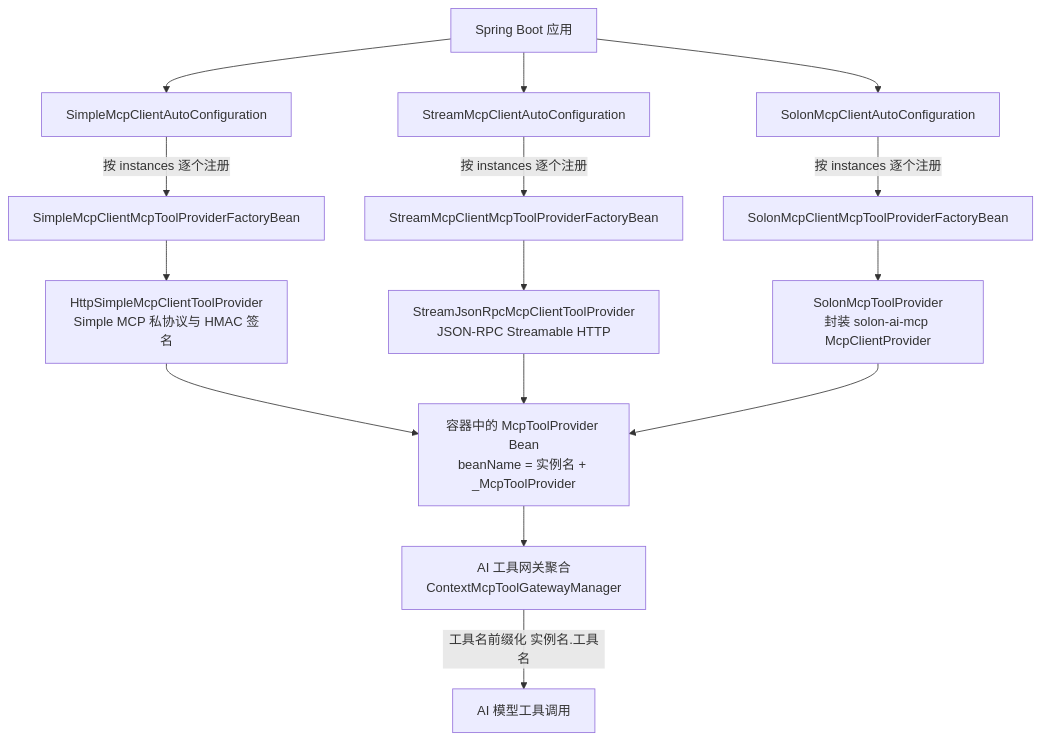
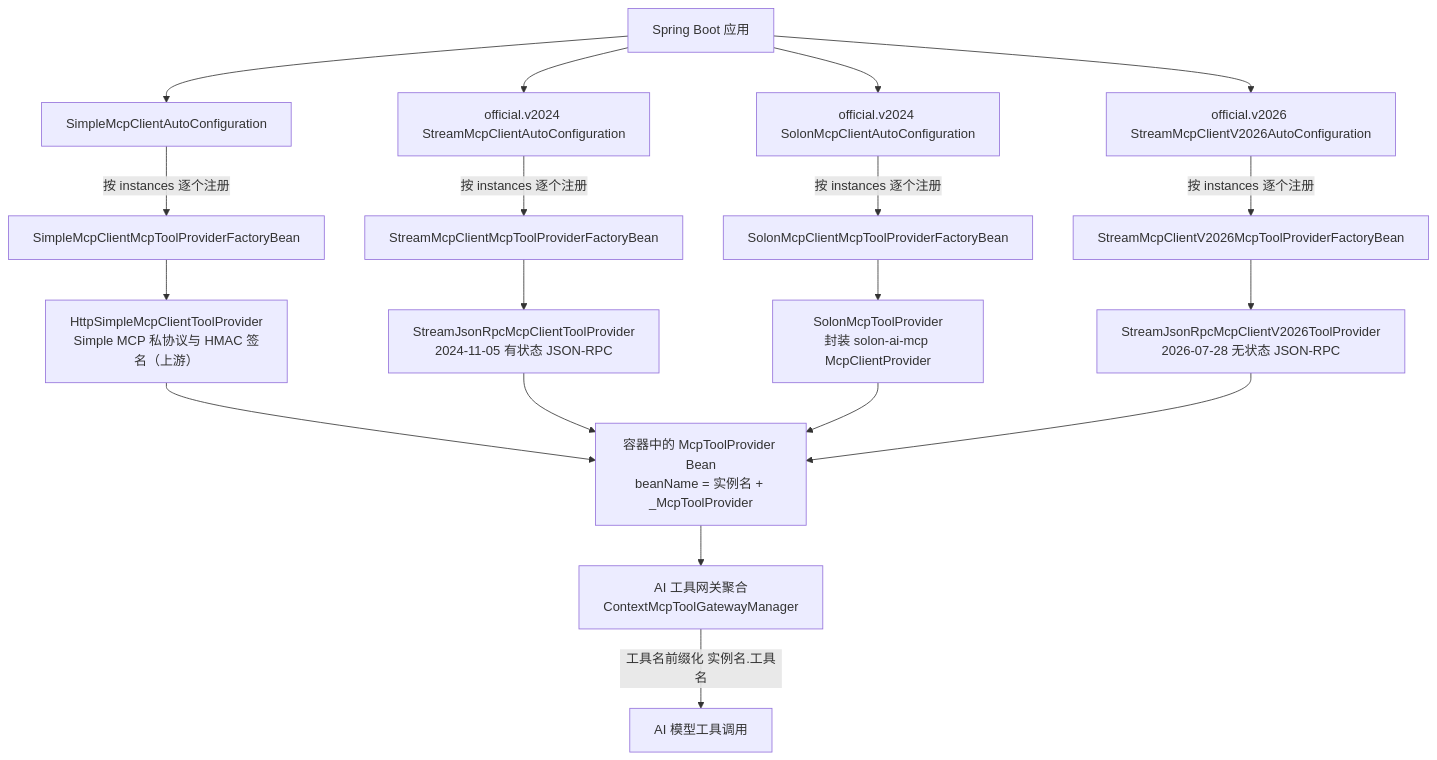
Before and after one commit to Ice2Faith/i2f-turbo-java: the first of 3 diagrams in .wiki/modules/i2f-springboot/i2f-springboot-ai-mcp-client/readme.md, drawn with Mermaid. The commit also changed other lines of this file and 3 other files, not shown here.

````diff
--- a/.wiki/modules/i2f-springboot/i2f-springboot-ai-mcp-client/readme.md
+++ b/.wiki/modules/i2f-springboot/i2f-springboot-ai-mcp-client/readme.md
@@ -38,20 +38,24 @@
 ```mermaid
 flowchart TD
     APP["Spring Boot 应用"] --> SIMPLE["SimpleMcpClientAutoConfiguration"]
-    APP --> STREAM["StreamMcpClientAutoConfiguration"]
-    APP --> SOLON["SolonMcpClientAutoConfiguration"]
+    APP --> S24["official.v2024 StreamMcpClientAutoConfiguration"]
+    APP --> SOLON["official.v2024 SolonMcpClientAutoConfiguration"]
+    APP --> S26["official.v2026 StreamMcpClientV2026AutoConfiguration"]
 
     SIMPLE -->|"按 instances 逐个注册"| FS["SimpleMcpClientMcpToolProviderFactoryBean"]
-    STREAM -->|"按 instances 逐个注册"| FT["StreamMcpClientMcpToolProviderFactoryBean"]
+    S24 -->|"按 instances 逐个注册"| FT["StreamMcpClientMcpToolProviderFactoryBean"]
     SOLON -->|"按 instances 逐个注册"| FN["SolonMcpClientMcpToolProviderFactoryBean"]
+    S26 -->|"按 instances 逐个注册"| FX["StreamMcpClientV2026McpToolProviderFactoryBean"]
 
-    FS --> PS["HttpSimpleMcpClientToolProvider<br/>Simple MCP 私协议与 HMAC 签名"]
-    FT --> PT["StreamJsonRpcMcpClientToolProvider<br/>JSON-RPC Streamable HTTP"]
+    FS --> PS["HttpSimpleMcpClientToolProvider<br/>Simple MCP 私协议与 HMAC 签名（上游）"]
+    FT --> PT["StreamJsonRpcMcpClientToolProvider<br/>2024-11-05 有状态 JSON-RPC"]
     FN --> PN["SolonMcpToolProvider<br/>封装 solon-ai-mcp McpClientProvider"]
+    FX --> PX["StreamJsonRpcMcpClientV2026ToolProvider<br/>2026-07-28 无状态 JSON-RPC"]
 
     PS --> BEANS["容器中的 McpToolProvider Bean<br/>beanName = 实例名 + _McpToolProvider"]
     PT --> BEANS
     PN --> BEANS
+    PX --> BEANS
     BEANS --> GW["AI 工具网关聚合<br/>ContextMcpToolGatewayManager"]
     GW -->|"工具名前缀化 实例名.工具名"| AI["AI 模型工具调用"]
 ```
````
